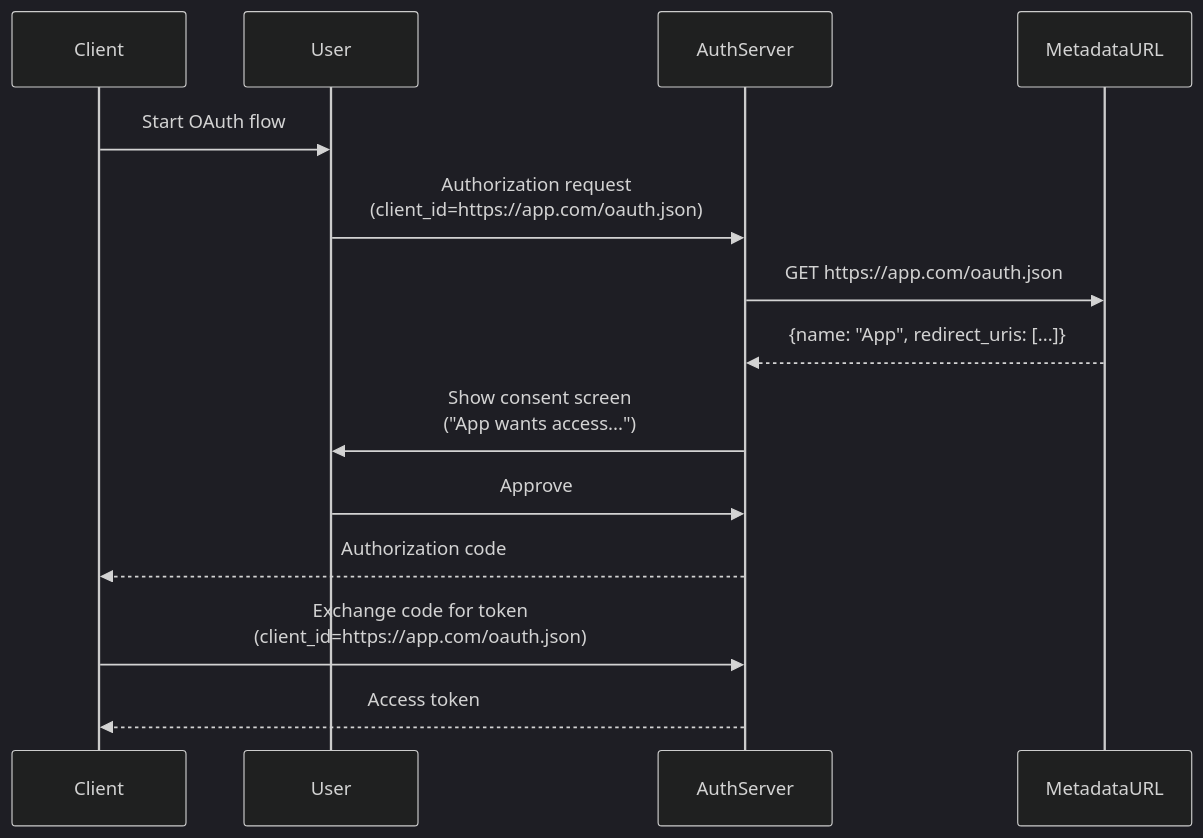
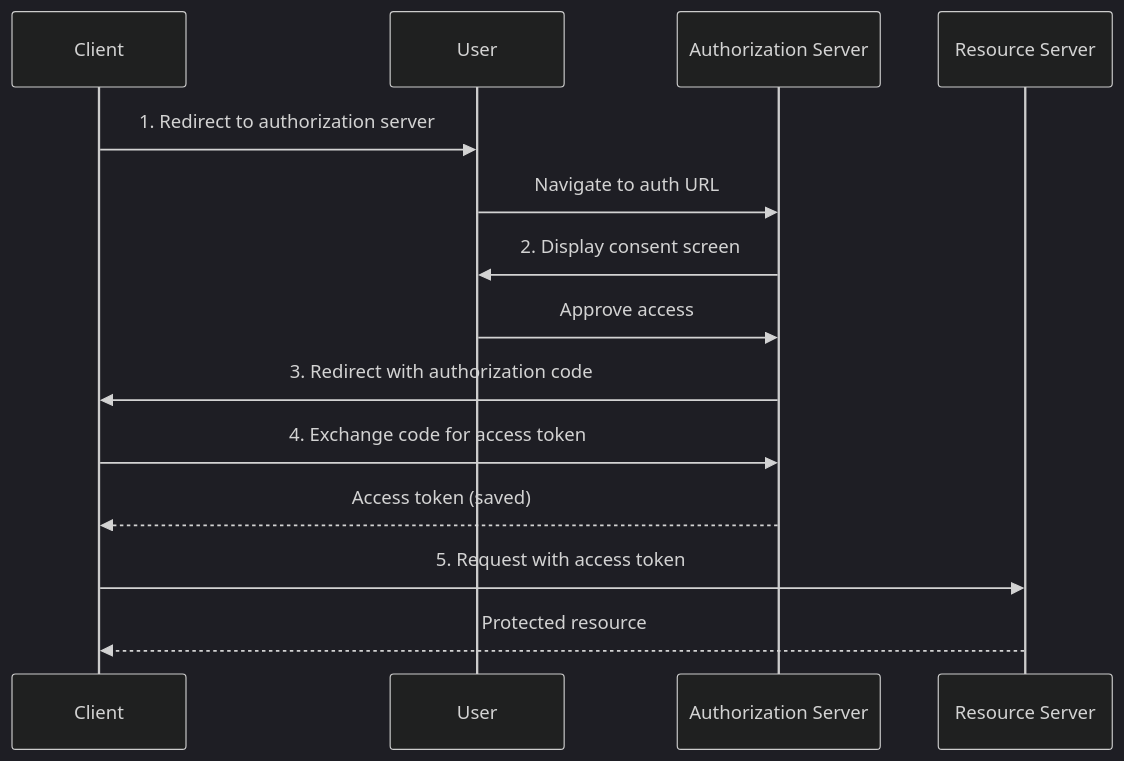
One commit to modelcontextprotocol/modelcontextprotocol changed the diagram in blog/content/posts/client_registration.md. Above: the diagram before and after it, drawn with Mermaid (dark theme). The commit also changed other lines of this file, not shown here.

````diff
--- a/blog/content/posts/client_registration.md
+++ b/blog/content/posts/client_registration.md
@@ -106,17 +20,17 @@
 ```mermaid
 sequenceDiagram
    participant Client
    participant User
-   participant AuthServer
-   participant MetadataURL
+   participant AuthServer as Authorization Server
+   participant Resource as Resource Server
 
-   Client->>User: Start OAuth flow
-   User->>AuthServer: Authorization request<br/>(client_id=https://app.com/oauth.json)
-   AuthServer->>MetadataURL: GET https://app.com/oauth.json
-   MetadataURL-->>AuthServer: {name: "App", redirect_uris: [...]}
-   AuthServer->>User: Show consent screen<br/>("App wants access...")
-   User->>AuthServer: Approve
-   AuthServer-->>Client: Authorization code
-   Client->>AuthServer: Exchange code for token<br/>(client_id=https://app.com/oauth.json)
-   AuthServer-->>Client: Access token
+   Client->>User: 1. Redirect to authorization server
+   User->>AuthServer: Navigate to auth URL
+   AuthServer->>User: 2. Display consent screen
+   User->>AuthServer: Approve access
+   AuthServer->>Client: 3. Redirect with authorization code
+   Client->>AuthServer: 4. Exchange code for access token
+   AuthServer-->>Client: Access token (saved)
+   Client->>Resource: 5. Request with access token
+   Resource-->>Client: Protected resource
 ```
````
